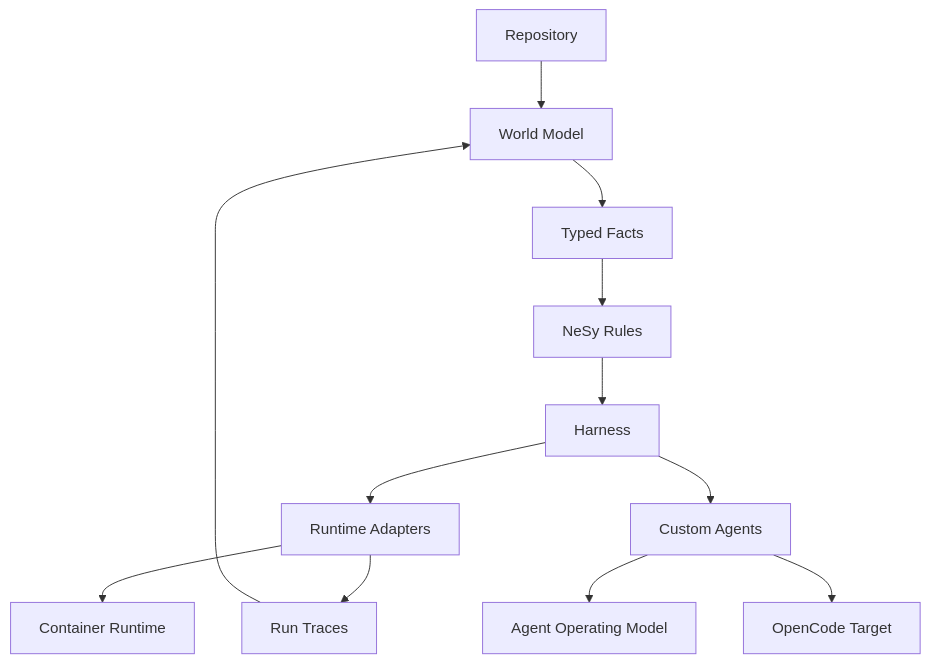
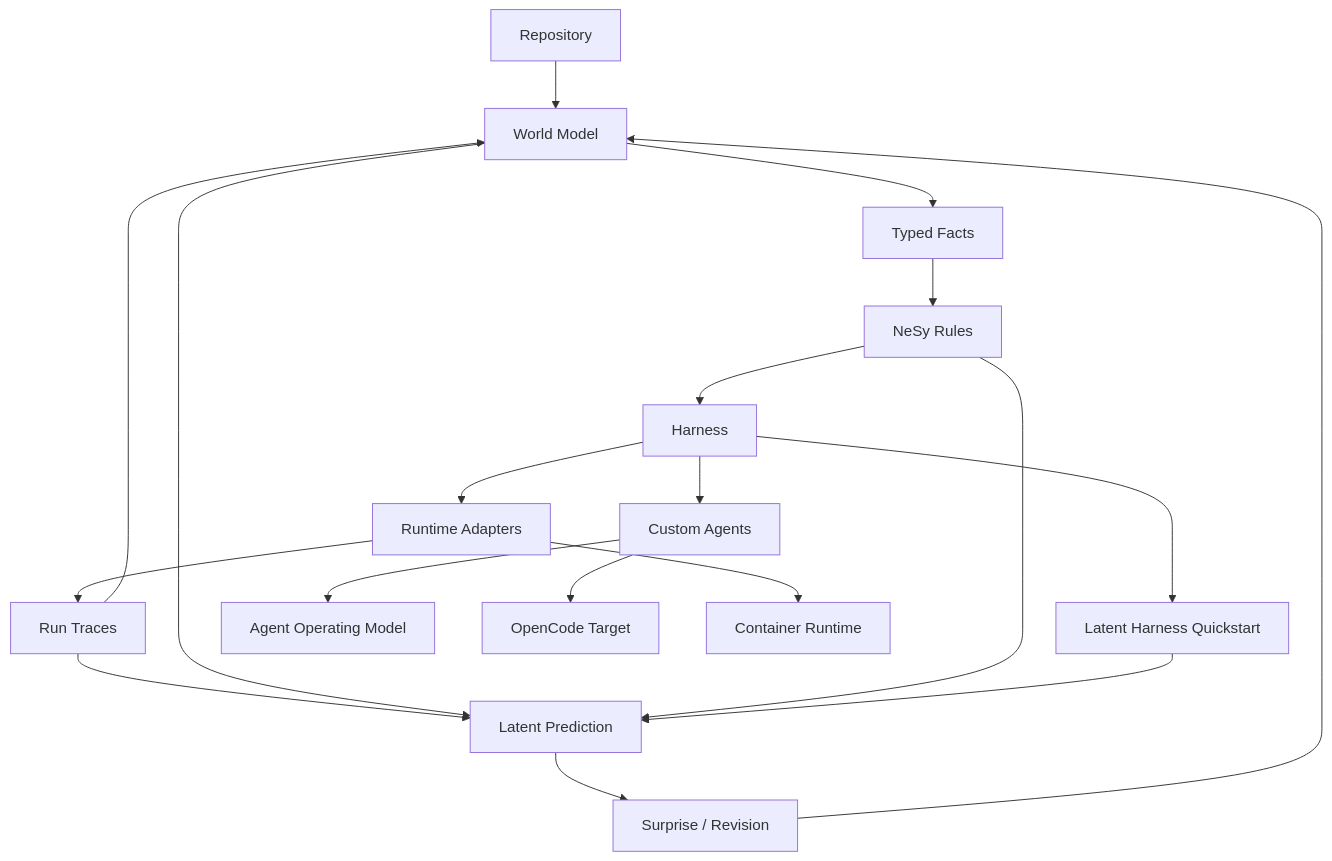
Before and after one commit to kmosoti/blackcell: the diagram in docs/atlas/graph.md, drawn with Mermaid. The commit also changed other lines of this file and 26 other files, not shown here.

Commit message:
Add JEPA-inspired latent harness layer

````diff
--- a/docs/atlas/graph.md
+++ b/docs/atlas/graph.md
@@ -18,14 +19,21 @@
 ```mermaid
 graph TD
     Repo[Repository] --> World[World Model]
     World --> Facts[Typed Facts]
     Facts --> NeSy[NeSy Rules]
     NeSy --> Harness[Harness]
     Harness --> Runtime[Runtime Adapters]
     Runtime --> Trace[Run Traces]
     Trace --> World
+    Trace --> Latent[Latent Prediction]
+    World --> Latent
+    NeSy --> Latent
+    Latent --> Surprise[Surprise / Revision]
+    Surprise --> World
+    Harness --> LatentGuide[Latent Harness Quickstart]
+    LatentGuide --> Latent
     Harness --> Agents[Custom Agents]
     Agents --> AgentModel[Agent Operating Model]
     Agents --> OpenCode[OpenCode Target]
     Runtime --> Container[Container Runtime]
 ```
````
